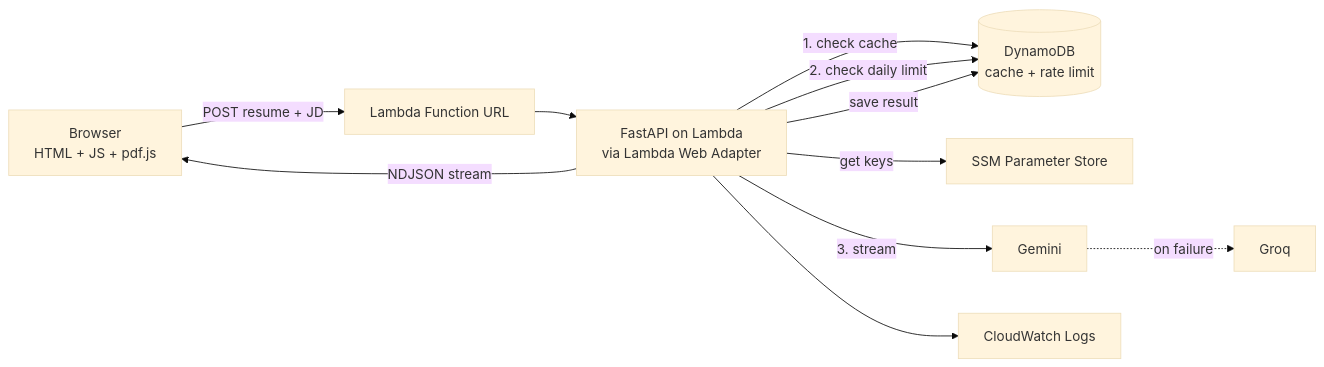
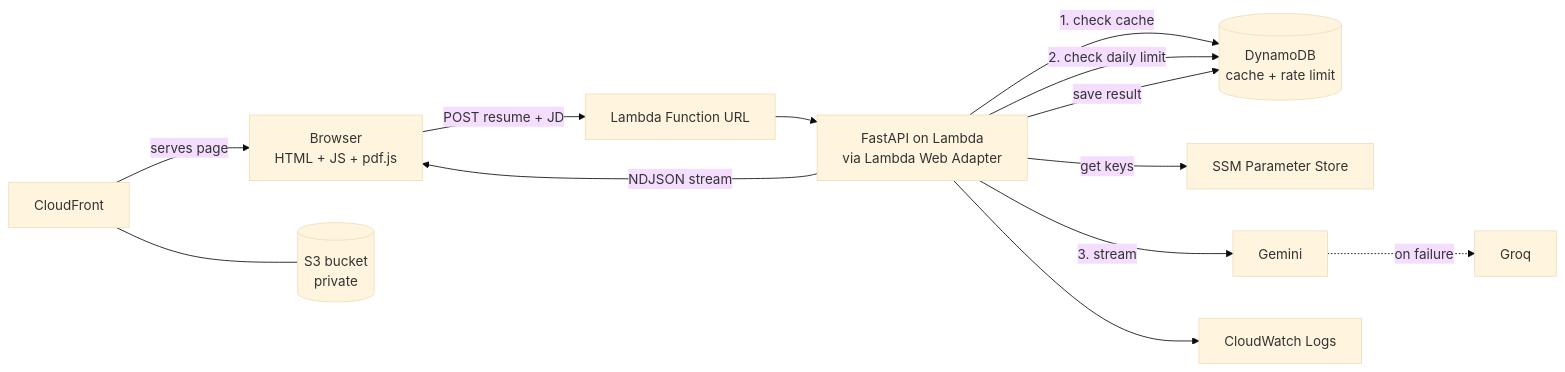
The diagram in README.md (sarangKP/resume-matcher), drawn with Mermaid (base theme) before and after one commit. The commit also changed other lines of this file and 4 other files, not shown here.

First line of the commit message:
Add S3+CloudFront frontend hosting with OAC, restrict CORS and lower text limit

````diff
--- a/README.md
+++ b/README.md
@@ -61,13 +65,15 @@
 ```mermaid
 flowchart LR
+    CF[CloudFront] -->|serves page| U
+    CF --- B[(S3 bucket<br/>private)]
     U[Browser<br/>HTML + JS + pdf.js] -->|POST resume + JD| F[Lambda Function URL]
     F --> A[FastAPI on Lambda<br/>via Lambda Web Adapter]
     A -->|1. check cache| D[(DynamoDB<br/>cache + rate limit)]
     A -->|2. check daily limit| D
     A -->|get keys| S[SSM Parameter Store]
     A -->|3. stream| G[Gemini]
     G -.->|on failure| Q[Groq]
     A -->|NDJSON stream| U
     A -->|save result| D
     A --> C[CloudWatch Logs]
 ```
````
